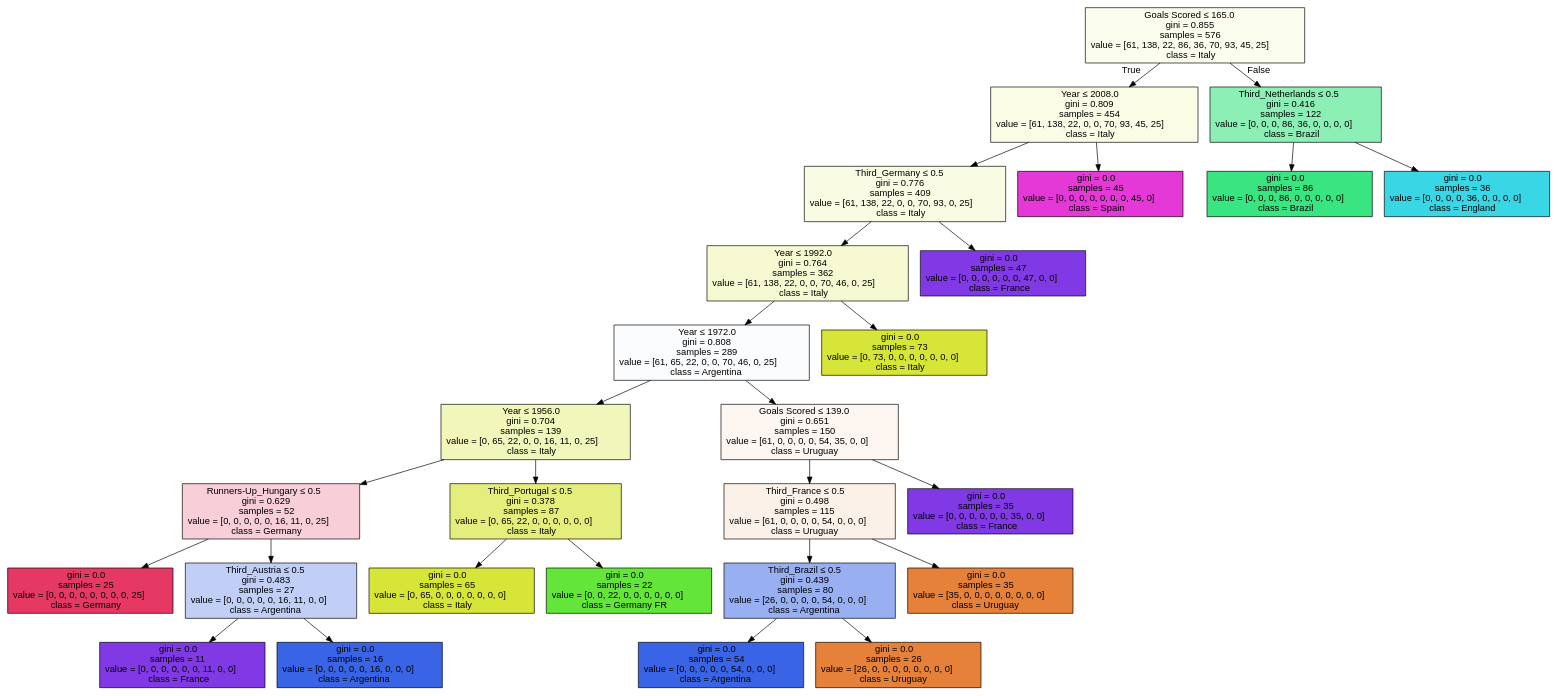
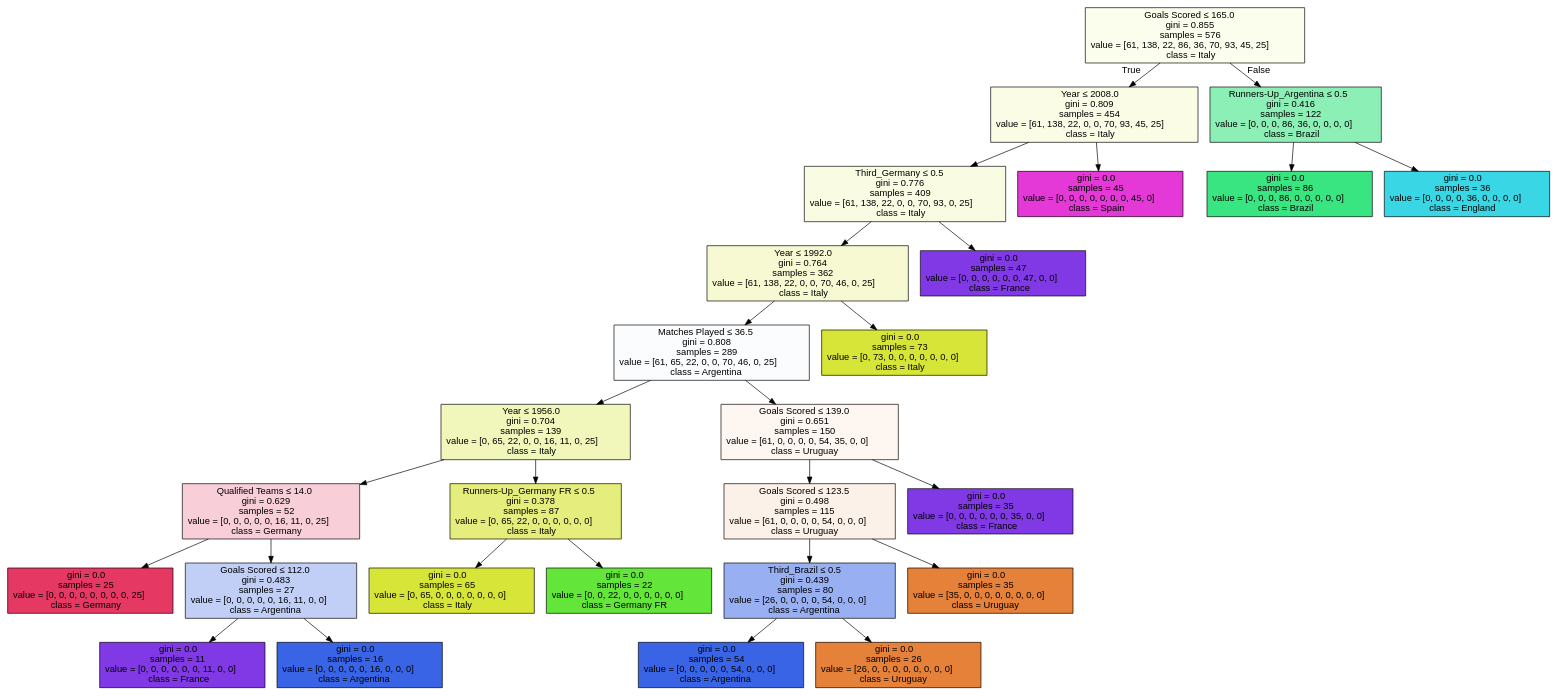
Before and after one commit to juanandresc-jarp/MachineLearningProject: the diagram in world_cup.dot, drawn with Graphviz. The commit also changed 2 other files, not shown here.

```diff
--- a/world_cup.dot
+++ b/world_cup.dot
@@ -1,57 +1,57 @@
 digraph Tree {
 node [shape=box, style="filled", color="black", fontname="helvetica"] ;
 edge [fontname="helvetica"] ;
 0 [label=<Goals Scored &le; 165.0<br/>gini = 0.855<br/>samples = 576<br/>value = [61, 138, 22, 86, 36, 70, 93, 45, 25]<br/>class = Italy>, fillcolor="#fbfded"] ;
 1 [label=<Year &le; 2008.0<br/>gini = 0.809<br/>samples = 454<br/>value = [61, 138, 22, 0, 0, 70, 93, 45, 25]<br/>class = Italy>, fillcolor="#fafce6"] ;
 0 -> 1 [labeldistance=2.5, labelangle=45, headlabel="True"] ;
 2 [label=<Third_Germany &le; 0.5<br/>gini = 0.776<br/>samples = 409<br/>value = [61, 138, 22, 0, 0, 70, 93, 0, 25]<br/>class = Italy>, fillcolor="#f9fbe3"] ;
 1 -> 2 ;
 3 [label=<Year &le; 1992.0<br/>gini = 0.764<br/>samples = 362<br/>value = [61, 138, 22, 0, 0, 70, 46, 0, 25]<br/>class = Italy>, fillcolor="#f6f9d1"] ;
 2 -> 3 ;
-4 [label=<Year &le; 1972.0<br/>gini = 0.808<br/>samples = 289<br/>value = [61, 65, 22, 0, 0, 70, 46, 0, 25]<br/>class = Argentina>, fillcolor="#fbfcfe"] ;
+4 [label=<Matches Played &le; 36.5<br/>gini = 0.808<br/>samples = 289<br/>value = [61, 65, 22, 0, 0, 70, 46, 0, 25]<br/>class = Argentina>, fillcolor="#fbfcfe"] ;
 3 -> 4 ;
 5 [label=<Year &le; 1956.0<br/>gini = 0.704<br/>samples = 139<br/>value = [0, 65, 22, 0, 0, 16, 11, 0, 25]<br/>class = Italy>, fillcolor="#f1f6ba"] ;
 4 -> 5 ;
-6 [label=<Runners-Up_Hungary &le; 0.5<br/>gini = 0.629<br/>samples = 52<br/>value = [0, 0, 0, 0, 0, 16, 11, 0, 25]<br/>class = Germany>, fillcolor="#f8ced8"] ;
+6 [label=<Qualified Teams &le; 14.0<br/>gini = 0.629<br/>samples = 52<br/>value = [0, 0, 0, 0, 0, 16, 11, 0, 25]<br/>class = Germany>, fillcolor="#f8ced8"] ;
 5 -> 6 ;
 7 [label=<gini = 0.0<br/>samples = 25<br/>value = [0, 0, 0, 0, 0, 0, 0, 0, 25]<br/>class = Germany>, fillcolor="#e53964"] ;
 6 -> 7 ;
-8 [label=<Third_Austria &le; 0.5<br/>gini = 0.483<br/>samples = 27<br/>value = [0, 0, 0, 0, 0, 16, 11, 0, 0]<br/>class = Argentina>, fillcolor="#c1cff7"] ;
+8 [label=<Goals Scored &le; 112.0<br/>gini = 0.483<br/>samples = 27<br/>value = [0, 0, 0, 0, 0, 16, 11, 0, 0]<br/>class = Argentina>, fillcolor="#c1cff7"] ;
 6 -> 8 ;
 9 [label=<gini = 0.0<br/>samples = 11<br/>value = [0, 0, 0, 0, 0, 0, 11, 0, 0]<br/>class = France>, fillcolor="#8139e5"] ;
 8 -> 9 ;
 10 [label=<gini = 0.0<br/>samples = 16<br/>value = [0, 0, 0, 0, 0, 16, 0, 0, 0]<br/>class = Argentina>, fillcolor="#3964e5"] ;
 8 -> 10 ;
-11 [label=<Third_Portugal &le; 0.5<br/>gini = 0.378<br/>samples = 87<br/>value = [0, 65, 22, 0, 0, 0, 0, 0, 0]<br/>class = Italy>, fillcolor="#e5ee7c"] ;
+11 [label=<Runners-Up_Germany FR &le; 0.5<br/>gini = 0.378<br/>samples = 87<br/>value = [0, 65, 22, 0, 0, 0, 0, 0, 0]<br/>class = Italy>, fillcolor="#e5ee7c"] ;
 5 -> 11 ;
 12 [label=<gini = 0.0<br/>samples = 65<br/>value = [0, 65, 0, 0, 0, 0, 0, 0, 0]<br/>class = Italy>, fillcolor="#d7e539"] ;
 11 -> 12 ;
 13 [label=<gini = 0.0<br/>samples = 22<br/>value = [0, 0, 22, 0, 0, 0, 0, 0, 0]<br/>class = Germany FR>, fillcolor="#64e539"] ;
 11 -> 13 ;
 14 [label=<Goals Scored &le; 139.0<br/>gini = 0.651<br/>samples = 150<br/>value = [61, 0, 0, 0, 0, 54, 35, 0, 0]<br/>class = Uruguay>, fillcolor="#fdf6f1"] ;
 4 -> 14 ;
-15 [label=<Third_France &le; 0.5<br/>gini = 0.498<br/>samples = 115<br/>value = [61, 0, 0, 0, 0, 54, 0, 0, 0]<br/>class = Uruguay>, fillcolor="#fcf1e8"] ;
+15 [label=<Goals Scored &le; 123.5<br/>gini = 0.498<br/>samples = 115<br/>value = [61, 0, 0, 0, 0, 54, 0, 0, 0]<br/>class = Uruguay>, fillcolor="#fcf1e8"] ;
 14 -> 15 ;
 16 [label=<Third_Brazil &le; 0.5<br/>gini = 0.439<br/>samples = 80<br/>value = [26, 0, 0, 0, 0, 54, 0, 0, 0]<br/>class = Argentina>, fillcolor="#98aff2"] ;
 15 -> 16 ;
 17 [label=<gini = 0.0<br/>samples = 54<br/>value = [0, 0, 0, 0, 0, 54, 0, 0, 0]<br/>class = Argentina>, fillcolor="#3964e5"] ;
 16 -> 17 ;
 18 [label=<gini = 0.0<br/>samples = 26<br/>value = [26, 0, 0, 0, 0, 0, 0, 0, 0]<br/>class = Uruguay>, fillcolor="#e58139"] ;
 16 -> 18 ;
 19 [label=<gini = 0.0<br/>samples = 35<br/>value = [35, 0, 0, 0, 0, 0, 0, 0, 0]<br/>class = Uruguay>, fillcolor="#e58139"] ;
 15 -> 19 ;
 20 [label=<gini = 0.0<br/>samples = 35<br/>value = [0, 0, 0, 0, 0, 0, 35, 0, 0]<br/>class = France>, fillcolor="#8139e5"] ;
 14 -> 20 ;
 21 [label=<gini = 0.0<br/>samples = 73<br/>value = [0, 73, 0, 0, 0, 0, 0, 0, 0]<br/>class = Italy>, fillcolor="#d7e539"] ;
 3 -> 21 ;
 22 [label=<gini = 0.0<br/>samples = 47<br/>value = [0, 0, 0, 0, 0, 0, 47, 0, 0]<br/>class = France>, fillcolor="#8139e5"] ;
 2 -> 22 ;
 23 [label=<gini = 0.0<br/>samples = 45<br/>value = [0, 0, 0, 0, 0, 0, 0, 45, 0]<br/>class = Spain>, fillcolor="#e539d7"] ;
 1 -> 23 ;
-24 [label=<Third_Netherlands &le; 0.5<br/>gini = 0.416<br/>samples = 122<br/>value = [0, 0, 0, 86, 36, 0, 0, 0, 0]<br/>class = Brazil>, fillcolor="#8cf0b6"] ;
+24 [label=<Runners-Up_Argentina &le; 0.5<br/>gini = 0.416<br/>samples = 122<br/>value = [0, 0, 0, 86, 36, 0, 0, 0, 0]<br/>class = Brazil>, fillcolor="#8cf0b6"] ;
 0 -> 24 [labeldistance=2.5, labelangle=-45, headlabel="False"] ;
 25 [label=<gini = 0.0<br/>samples = 86<br/>value = [0, 0, 0, 86, 0, 0, 0, 0, 0]<br/>class = Brazil>, fillcolor="#39e581"] ;
 24 -> 25 ;
 26 [label=<gini = 0.0<br/>samples = 36<br/>value = [0, 0, 0, 0, 36, 0, 0, 0, 0]<br/>class = England>, fillcolor="#39d7e5"] ;
 24 -> 26 ;
 }
```
